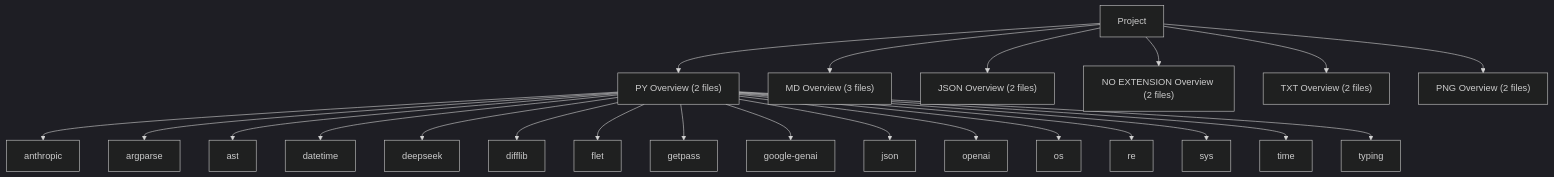
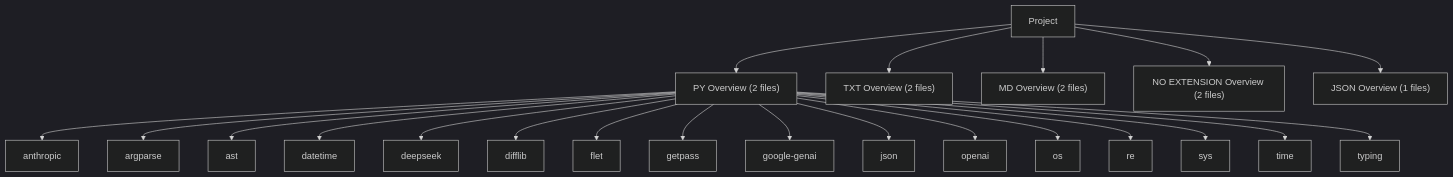
The second of 5 diagrams in readme.md (lystwork/ndaversis), drawn with Mermaid (dark theme) before and after one commit. The commit also changed other lines of this file and 5 other files, not shown here.

````diff
--- a/readme.md
+++ b/readme.md
@@ -273,25 +272,24 @@
 ```mermaid
 graph TD
     Project --> lang_PY["PY Overview (2 files)"]
     lang_PY --> dep_anthropic["anthropic"]
     lang_PY --> dep_argparse["argparse"]
     lang_PY --> dep_ast["ast"]
     lang_PY --> dep_datetime["datetime"]
     lang_PY --> dep_deepseek["deepseek"]
     lang_PY --> dep_difflib["difflib"]
     lang_PY --> dep_flet["flet"]
     lang_PY --> dep_getpass["getpass"]
     lang_PY --> dep_google_genai["google-genai"]
     lang_PY --> dep_json["json"]
     lang_PY --> dep_openai["openai"]
     lang_PY --> dep_os["os"]
     lang_PY --> dep_re["re"]
     lang_PY --> dep_sys["sys"]
     lang_PY --> dep_time["time"]
     lang_PY --> dep_typing["typing"]
-    Project --> lang_MD["MD Overview (3 files)"]
-    Project --> lang_JSON["JSON Overview (2 files)"]
+    Project --> lang_TXT["TXT Overview (2 files)"]
+    Project --> lang_MD["MD Overview (2 files)"]
     Project --> lang_NO_EXTENSION["NO EXTENSION Overview (2 files)"]
-    Project --> lang_TXT["TXT Overview (2 files)"]
-    Project --> lang_PNG["PNG Overview (2 files)"]
+    Project --> lang_JSON["JSON Overview (1 files)"]
 ```
````
